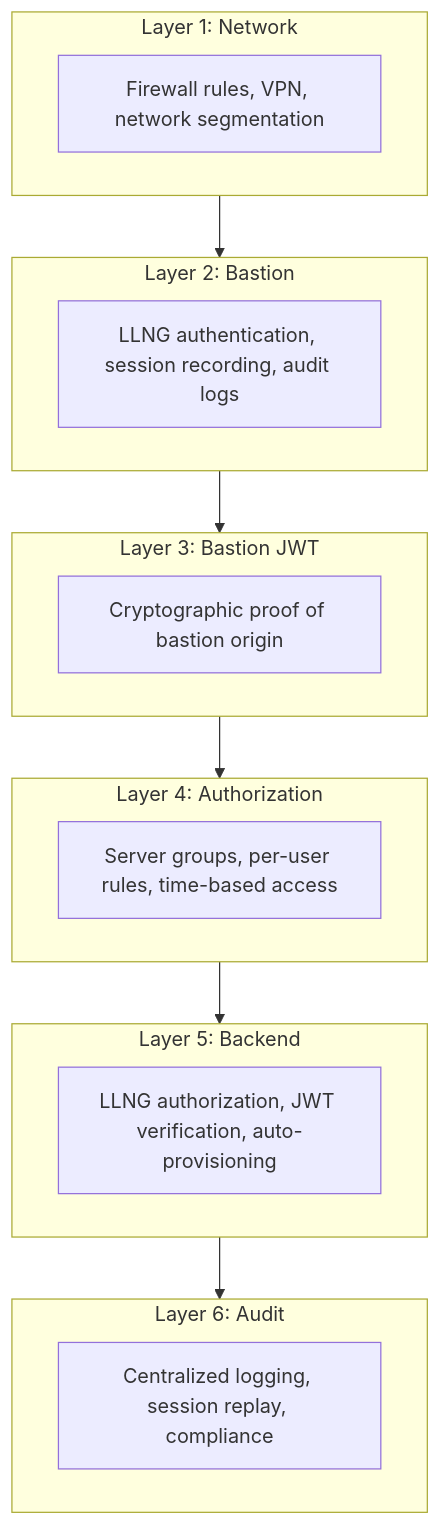
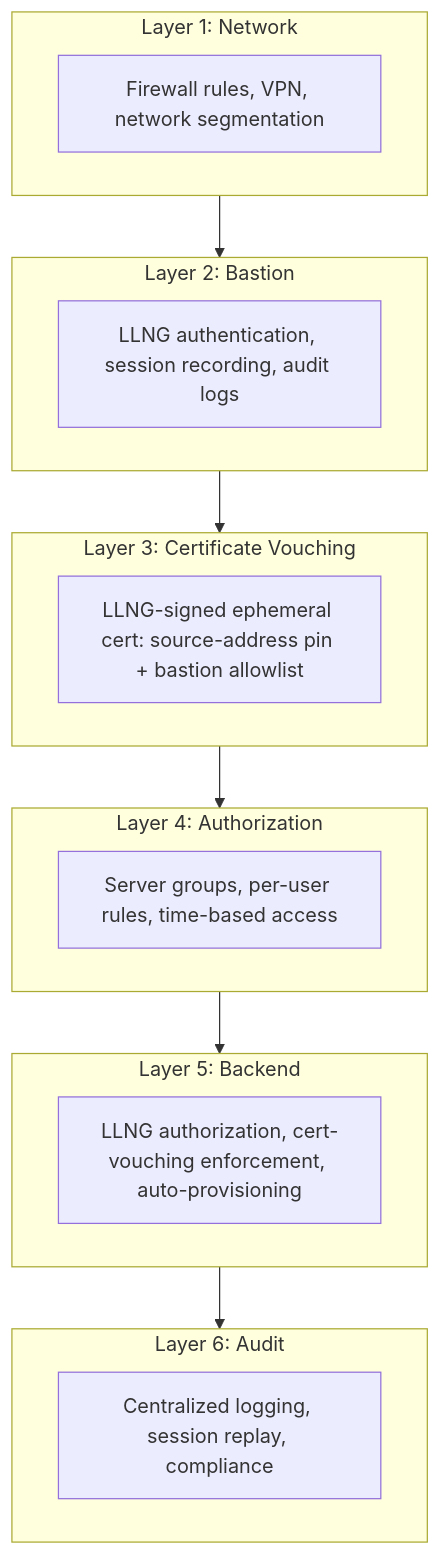
The sixth of 7 diagrams in doc/bastion-architecture.md (linagora/open-bastion), drawn with Mermaid before and after one commit. The commit also changed other lines of this file and 6 other files, not shown here.

First line of the commit message:
docs(cert-vouching): replace bastion JWT with certificate vouching across docs

````diff
--- a/doc/bastion-architecture.md
+++ b/doc/bastion-architecture.md
@@ -290,28 +299,28 @@
 ```mermaid
 flowchart TB
     subgraph L1["Layer 1: Network"]
         N[Firewall rules, VPN, network segmentation]
     end
 
     subgraph L2["Layer 2: Bastion"]
         B[LLNG authentication, session recording, audit logs]
     end
 
-    subgraph L3["Layer 3: Bastion JWT"]
-        J[Cryptographic proof of bastion origin]
+    subgraph L3["Layer 3: Certificate Vouching"]
+        J[LLNG-signed ephemeral cert: source-address pin + bastion allowlist]
     end
 
     subgraph L4["Layer 4: Authorization"]
         A[Server groups, per-user rules, time-based access]
     end
 
     subgraph L5["Layer 5: Backend"]
-        BE[LLNG authorization, JWT verification, auto-provisioning]
+        BE[LLNG authorization, cert-vouching enforcement, auto-provisioning]
     end
 
     subgraph L6["Layer 6: Audit"]
         AU[Centralized logging, session replay, compliance]
     end
 
     L1 --> L2 --> L3 --> L4 --> L5 --> L6
 ```
````
